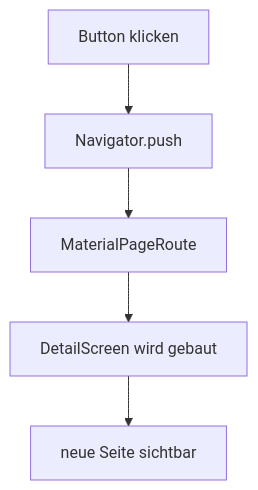
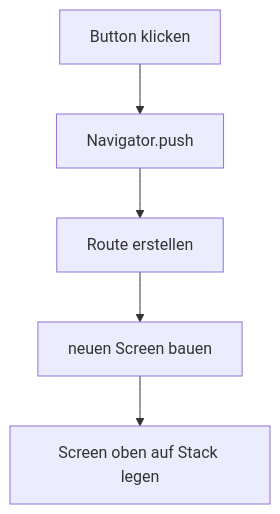
One commit to Real-Dau/Flutter-lernen changed the first of 2 diagrams in 09-navigation/VISUAL.md. Above: the diagram before and after it, drawn with Mermaid. The commit also changed other lines of this file and 12 other files, not shown here.

````diff
--- a/09-navigation/VISUAL.md
+++ b/09-navigation/VISUAL.md
@@ -28,7 +42,7 @@
 ```mermaid
 flowchart TD
     A[Button klicken] --> B[Navigator.push]
-    B --> C[MaterialPageRoute]
-    C --> D[DetailScreen wird gebaut]
-    D --> E[neue Seite sichtbar]
+    B --> C[Route erstellen]
+    C --> D[neuen Screen bauen]
+    D --> E[Screen oben auf Stack legen]
 ```
````
